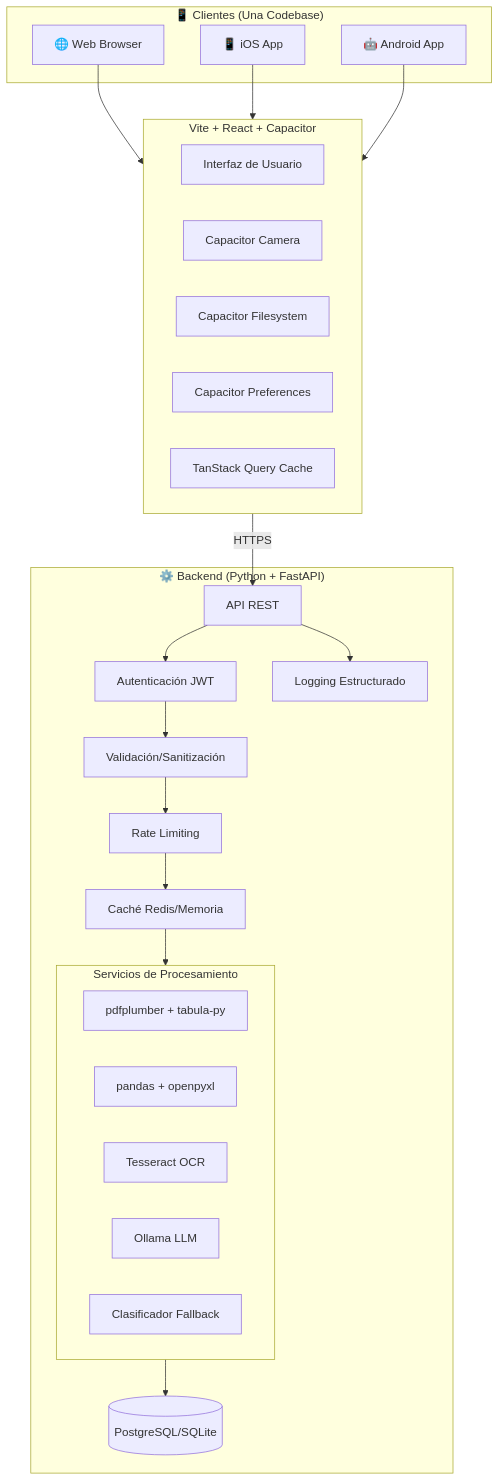
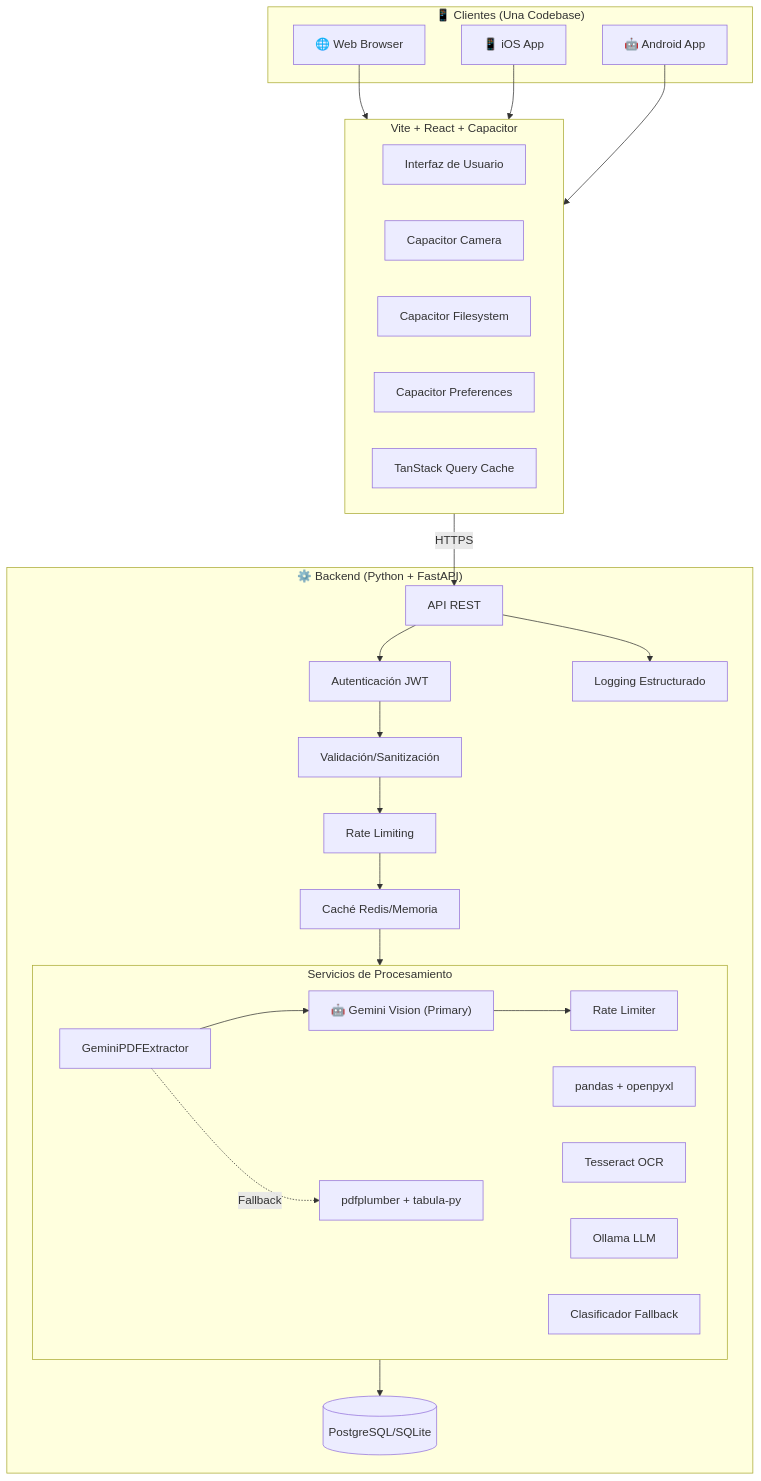
One commit to Miguel19x/IrisClassifier changed the first of 9 diagrams in IMPLEMENTATION_PLAN.md. Above: the diagram before and after it, drawn with Mermaid. The commit also changed 27 other files, not shown here.

````diff
--- a/IMPLEMENTATION_PLAN.md
+++ b/IMPLEMENTATION_PLAN.md
@@ -28,48 +28,54 @@
 ```mermaid
 graph TB
     subgraph Clients["📱 Clientes (Una Codebase)"]
         Web["🌐 Web Browser"]
         iOS["📱 iOS App"]
         Android["🤖 Android App"]
     end
     
     subgraph Frontend["Vite + React + Capacitor"]
         UI[Interfaz de Usuario]
         Camera[Capacitor Camera]
         FileSystem[Capacitor Filesystem]
         Preferences[Capacitor Preferences]
         ReactQuery[TanStack Query Cache]
     end
     
     subgraph Backend["⚙️ Backend (Python + FastAPI)"]
         API[API REST]
         Auth[Autenticación JWT]
         Validation[Validación/Sanitización]
         RateLimit[Rate Limiting]
         Cache[Caché Redis/Memoria]
         
         subgraph Services["Servicios de Procesamiento"]
+            GeminiVision["🤖 Gemini Vision (Primary)"]
+            GeminiPDF[GeminiPDFExtractor]
             PDF[pdfplumber + tabula-py]
             Excel[pandas + openpyxl]
             Tesseract[Tesseract OCR]
             Ollama[Ollama LLM]
             Fallback[Clasificador Fallback]
+            GeminiRateLimiter[Rate Limiter]
         end
         
         DB[(PostgreSQL/SQLite)]
         Logger[Logging Estructurado]
     end
     
     Web --> Frontend
     iOS --> Frontend
     Android --> Frontend
     
     Frontend -->|HTTPS| API
     API --> Auth
     Auth --> Validation
     Validation --> RateLimit
     RateLimit --> Cache
     Cache --> Services
     Services --> DB
     API --> Logger
+    GeminiVision --> GeminiRateLimiter
+    GeminiPDF --> GeminiVision
+    GeminiPDF -.->|Fallback| PDF
 ```
````
